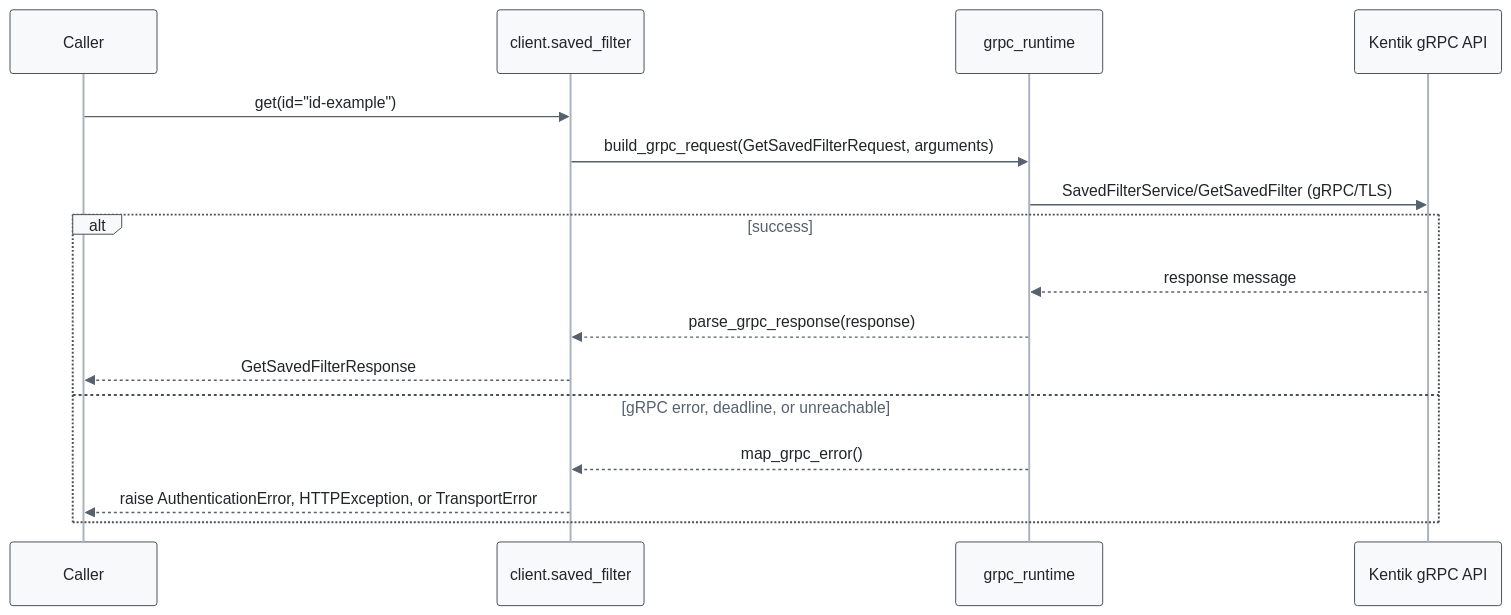
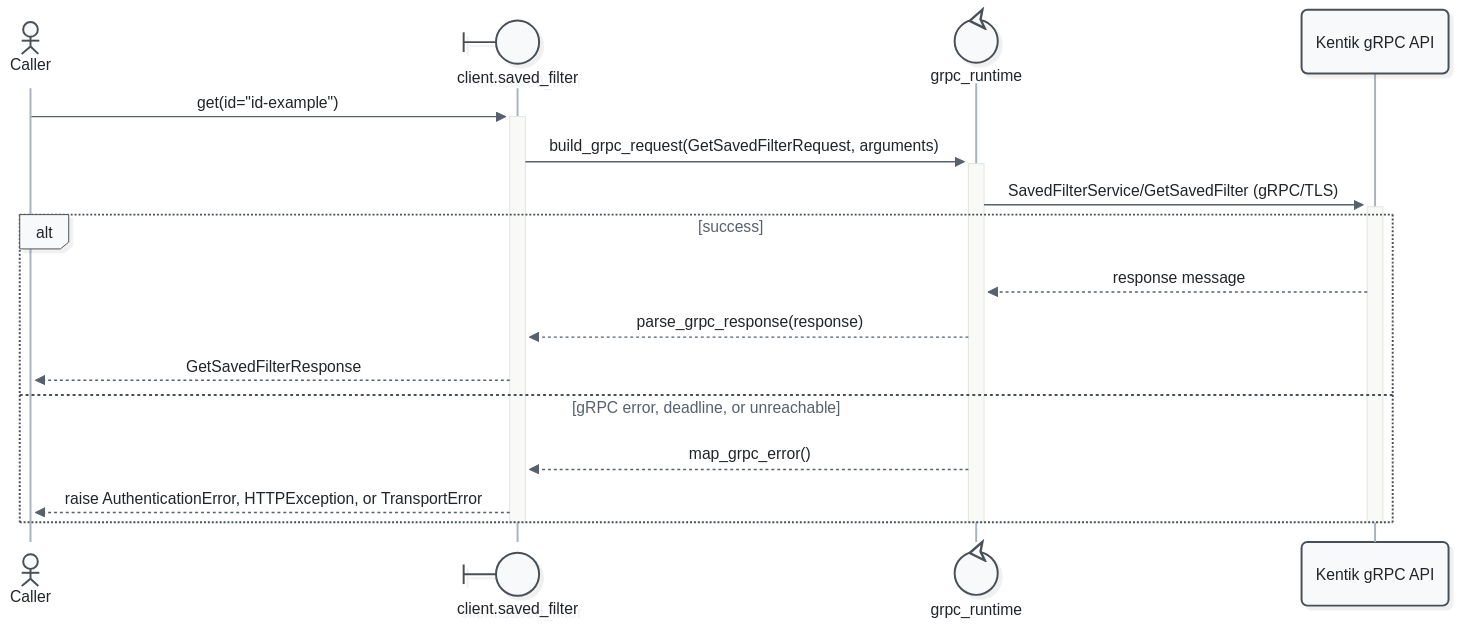
The fourth of 13 diagrams in docs/sphinx/services/saved_filter.md (alexdearaujo/community_sdk_python), drawn with Mermaid before and after one commit. The commit also changed other lines of this file and 52 other files, not shown here.

First line of the commit message:
docs: Mermaid 12 sequence diagrams with participant types and path colors

````diff
--- a/docs/sphinx/services/saved_filter.md
+++ b/docs/sphinx/services/saved_filter.md
@@ -134,20 +141,23 @@
 ```mermaid
-%%{init: {"theme": "base", "fontFamily": "ui-monospace, SFMono-Regular, Menlo, monospace", "themeVariables": {"fontFamily": "ui-monospace, SFMono-Regular, Menlo, monospace", "primaryColor": "#f8f9fa", "primaryBorderColor": "#495057", "primaryTextColor": "#212529", "textColor": "#212529", "lineColor": "#77818c", "edgeLabelBackground": "#ffffff", "actorBkg": "#f8f9fa", "actorBorder": "#495057", "actorTextColor": "#212529", "actorLineColor": "#a9b3be", "signalColor": "#57616d", "signalTextColor": "#212529", "labelBoxBkgColor": "#f8f9fa", "labelBoxBorderColor": "#495057", "labelTextColor": "#212529", "loopTextColor": "#57616d", "noteBkgColor": "#fff9db", "noteBorderColor": "#f08c00", "noteTextColor": "#a35a00"}, "flowchart": {"curve": "step", "nodeSpacing": 30, "rankSpacing": 70, "wrappingWidth": 400}}}%%
+%%{init: {"theme": "redux", "look": "neo", "layout": "dagre", "fontFamily": "ui-monospace, SFMono-Regular, Menlo, monospace", "themeVariables": {"fontFamily": "ui-monospace, SFMono-Regular, Menlo, monospace", "primaryColor": "#f8f9fa", "primaryBorderColor": "#495057", "primaryTextColor": "#212529", "textColor": "#212529", "lineColor": "#77818c", "edgeLabelBackground": "#ffffff", "actorBkg": "#f8f9fa", "actorBorder": "#495057", "actorTextColor": "#212529", "actorLineColor": "#a9b3be", "signalColor": "#57616d", "signalTextColor": "#212529", "labelBoxBkgColor": "#f8f9fa", "labelBoxBorderColor": "#495057", "labelTextColor": "#212529", "loopTextColor": "#57616d", "noteBkgColor": "#fff9db", "noteBorderColor": "#f08c00", "noteTextColor": "#a35a00"}, "sequence": {"activationWidth": 16}, "flowchart": {"curve": "step", "nodeSpacing": 30, "rankSpacing": 70, "wrappingWidth": 400}}}%%
 sequenceDiagram
-    participant C as Caller
-    participant W as client.saved_filter
-    participant R as grpc_runtime
+    actor C as Caller
+    participant W@{ "type": "boundary" } as client.saved_filter
+    participant R@{ "type": "control" } as grpc_runtime
     participant API as Kentik gRPC API
 
-    C->>W: get(id="id-example")
-    W->>R: build_grpc_request(GetSavedFilterRequest, arguments)
-    R->>API: SavedFilterService/GetSavedFilter (gRPC/TLS)
+    C->>+W: get(id="id-example")
+    W->>+R: build_grpc_request(GetSavedFilterRequest, arguments)
+    R->>+API: SavedFilterService/GetSavedFilter (gRPC/TLS)
     alt success
         API-->>R: response message
         R-->>W: parse_grpc_response(response)
         W-->>C: GetSavedFilterResponse
     else gRPC error, deadline, or unreachable
         R-->>W: map_grpc_error()
         W-->>C: raise AuthenticationError, HTTPException, or TransportError
     end
+    deactivate API
+    deactivate R
+    deactivate W
 ```
````
